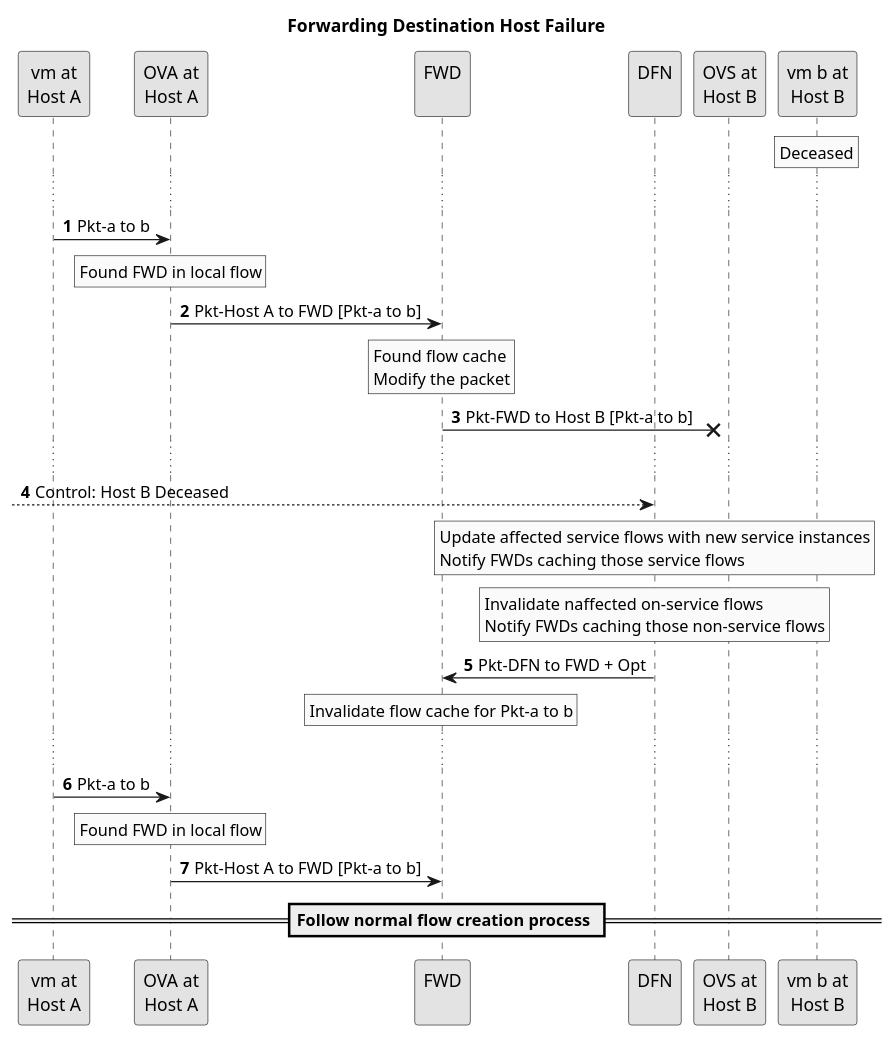
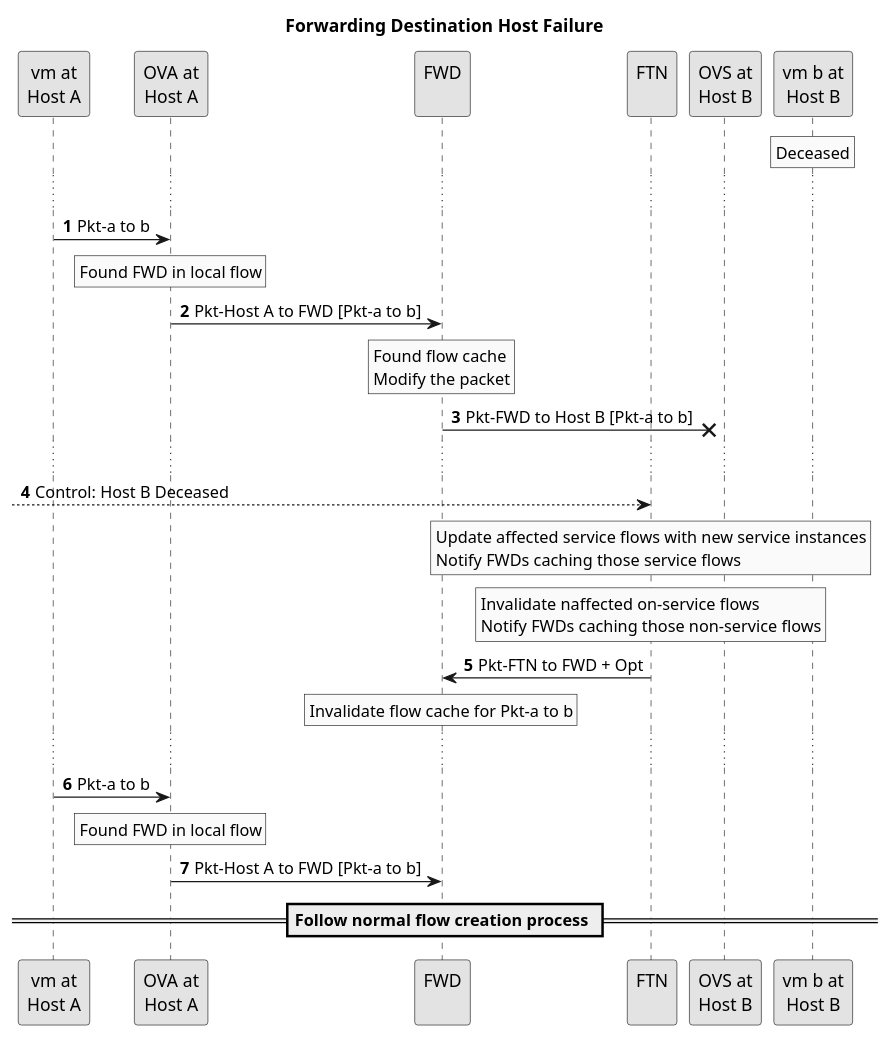
Before and after one commit to CentaurusInfra/mizar: the diagram in docs/design/puml/zeta_packet_farwarding_failure_dest_host.puml, drawn with PlantUML. The commit also changed 13 other files, not shown here.

Commit message:
Zeta SDD: change DFN to FTN to be consistent

```diff
--- a/docs/design/puml/zeta_packet_farwarding_failure_dest_host.puml
+++ b/docs/design/puml/zeta_packet_farwarding_failure_dest_host.puml
@@ -1,72 +1,72 @@
 @startuml
 
 ' SPDX-License-Identifier: MIT
 ' Copyright (c) 2020 The Authors.
 
 ' Authors: Bin Liang
 
 ' Permission is hereby granted, free of charge, to any person obtaining a copy
 ' of this software and associated documentation files (the "Software"), to deal
 ' in the Software without restriction, including without limitation the rights
 ' to use, copy, modify, merge, publish, distribute, sublicense, and/or sell
 ' copies of the Software, and to permit persons to whom the Software is
 ' furnished to do so, subject to the following conditions:The above copyright
 ' notice and this permission notice shall be included in all copies or
 ' substantial portions of the Software.THE SOFTWARE IS PROVIDED "AS IS",
 ' WITHOUT WARRANTY OF ANY KIND, EXPRESS OR IMPLIED, INCLUDING BUT NOT LIMITED
 ' TO THE WARRANTIES OF MERCHANTABILITY, FITNESS FOR A PARTICULAR PURPOSE AND
 ' NONINFRINGEMENT. IN NO EVENT SHALL THE AUTHORS OR COPYRIGHT HOLDERS BE LIABLE
 ' FOR ANY CLAIM, DAMAGES OR OTHER LIABILITY, WHETHER IN AN ACTION OF CONTRACT,
 ' TORT OR OTHERWISE, ARISING FROM, OUT OF OR IN CONNECTION WITH THE SOFTWARE OR
 ' THE USE OR OTHER DEALINGS IN THE SOFTWARE.
 
 title Forwarding Destination Host Failure
 skinparam monochrome true
 autonumber
 
 participant "vm at\nHost A" as a
 participant "OVA at\nHost A" as oa
 participant "FWD\n" as FWD
-participant "DFN\n" as DFN
+participant "FTN\n" as FTN
 participant "OVS at\nHost B" as ob
 participant "vm b at\nHost B" as b
 
 rnote over b
     Deceased
 endrnote
 ...
 
 a -> oa: Pkt-a to b
 rnote over oa
     Found FWD in local flow
 endrnote
 oa -> FWD: Pkt-Host A to FWD [Pkt-a to b]
 rnote over FWD
     Found flow cache
     Modify the packet
 endrnote
 FWD ->x ob: Pkt-FWD to Host B [Pkt-a to b]
 ...
 
-[--> DFN: Control: Host B Deceased
-rnote over DFN
+[--> FTN: Control: Host B Deceased
+rnote over FTN
     Update affected service flows with new service instances
     Notify FWDs caching those service flows
 endrnote
-rnote over DFN
+rnote over FTN
     Invalidate naffected on-service flows
     Notify FWDs caching those non-service flows
 endrnote
-DFN -> FWD: Pkt-DFN to FWD + Opt
+FTN -> FWD: Pkt-FTN to FWD + Opt
 rnote over FWD
     Invalidate flow cache for Pkt-a to b
 endrnote
 ...
 a -> oa: Pkt-a to b
 rnote over oa
     Found FWD in local flow
 endrnote
 oa -> FWD: Pkt-Host A to FWD [Pkt-a to b]
 == Follow normal flow creation process ==
 
 @enduml
```
